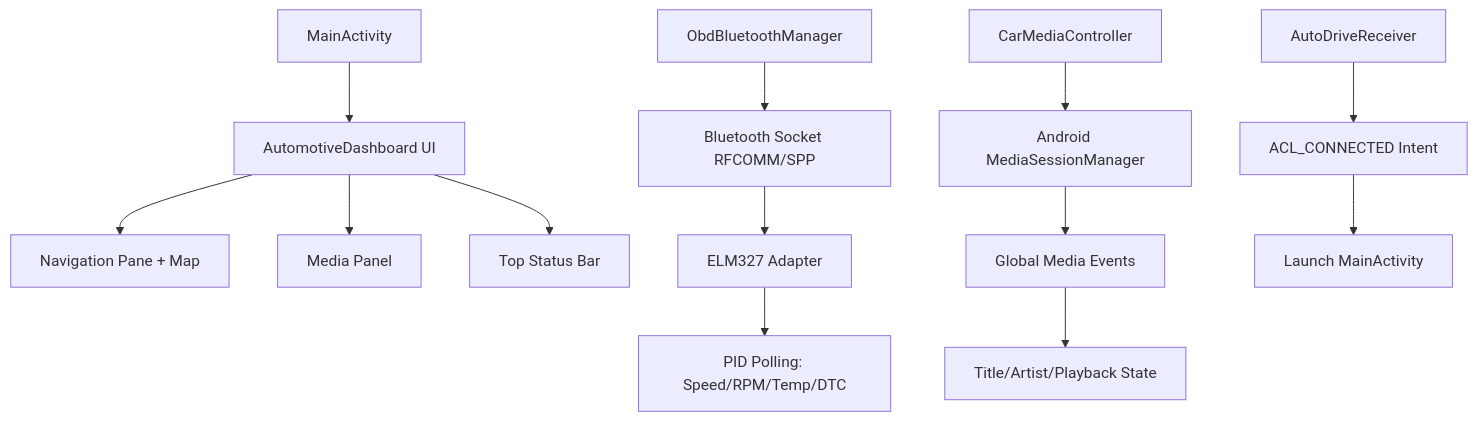
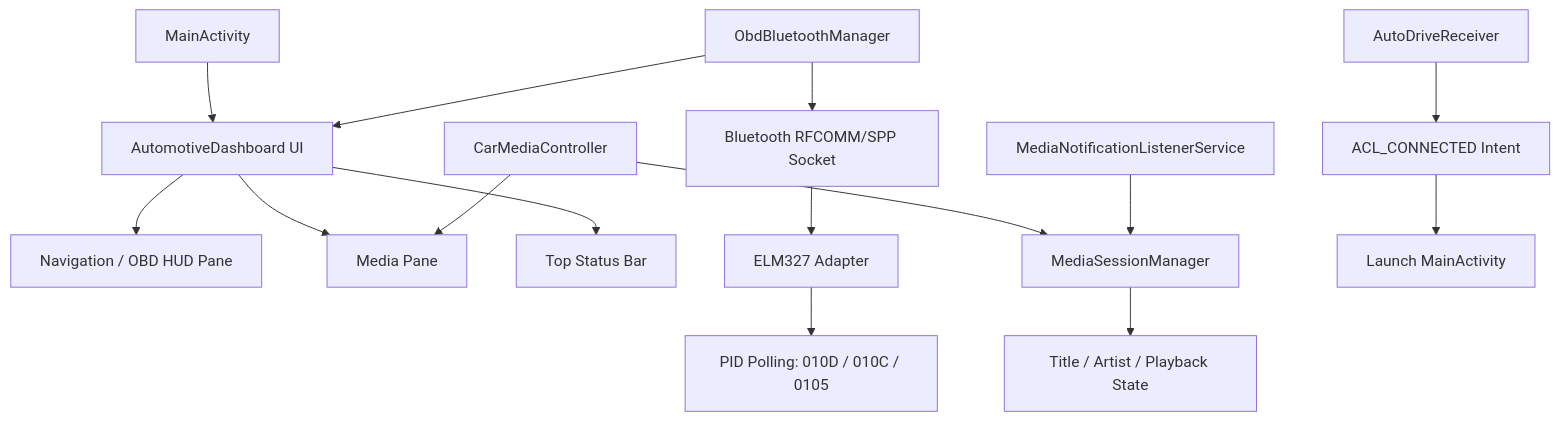
Before and after one commit to deviloufr-ai/ACP: the diagram in README.md, drawn with Mermaid. The commit also changed other lines of this file and 29 other files, not shown here.

````diff
--- a/README.md
+++ b/README.md
@@ -94,18 +118,20 @@
 ```mermaid
 graph TB
     A[MainActivity] --> B[AutomotiveDashboard UI]
-    B --> C[Navigation Pane + Map]
-    B --> D[Media Panel]
+    B --> C[Navigation / OBD HUD Pane]
+    B --> D[Media Pane]
     B --> E[Top Status Bar]
-    
-    F[ObdBluetoothManager] --> G[Bluetooth Socket RFCOMM/SPP]
+
+    F[ObdBluetoothManager] --> G[Bluetooth RFCOMM/SPP Socket]
     G --> H[ELM327 Adapter]
-    H --> I[PID Polling: Speed/RPM/Temp/DTC]
-    
-    J[CarMediaController] --> K[Android MediaSessionManager]
-    K --> L[Global Media Events]
-    L --> M[Title/Artist/Playback State]
-    
+    H --> I[PID Polling: 010D / 010C / 0105]
+    F --> B
+
+    J[CarMediaController] --> K[MediaSessionManager]
+    L[MediaNotificationListenerService] --> K
+    K --> M[Title / Artist / Playback State]
+    J --> D
+
     N[AutoDriveReceiver] --> O[ACL_CONNECTED Intent]
     O --> P[Launch MainActivity]
 ```
````
